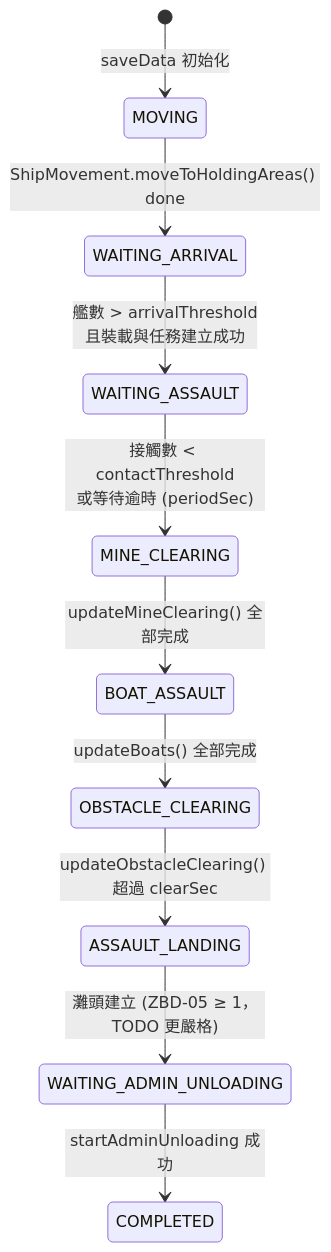
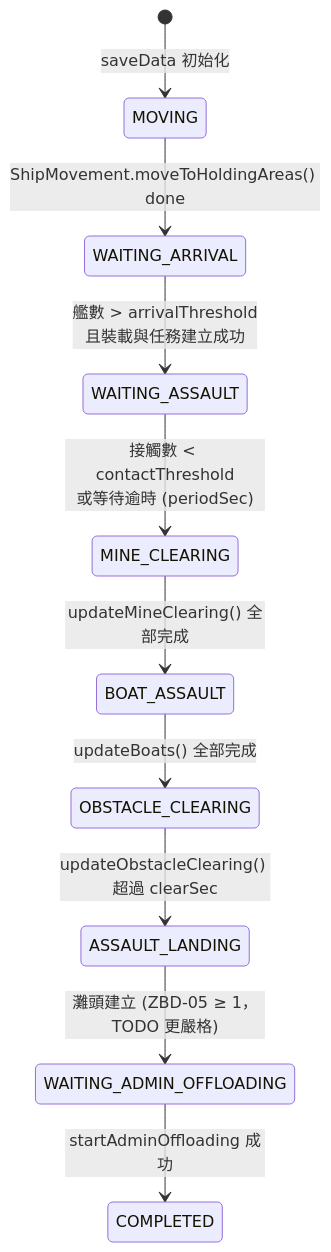
The second of 4 diagrams in docs/landingOps/coordinator.md (pullupjumper/formosa-in-flames), drawn with Mermaid before and after one commit. The commit also changed other lines of this file and 46 other files, not shown here.

First line of the commit message:
refactor(landingOps): rename unloading to offloading and tidy landingOps naming

````diff
--- a/docs/landingOps/coordinator.md
+++ b/docs/landingOps/coordinator.md
@@ -42,12 +42,12 @@
 ```mermaid
 stateDiagram-v2
     [*] --> MOVING: saveData 初始化
     MOVING --> WAITING_ARRIVAL: ShipMovement.moveToHoldingAreas() done
     WAITING_ARRIVAL --> WAITING_ASSAULT: 艦數 > arrivalThreshold<br>且裝載與任務建立成功
     WAITING_ASSAULT --> MINE_CLEARING: 接觸數 < contactThreshold<br>或等待逾時 (periodSec)
     MINE_CLEARING --> BOAT_ASSAULT: updateMineClearing() 全部完成
     BOAT_ASSAULT --> OBSTACLE_CLEARING: updateBoats() 全部完成
     OBSTACLE_CLEARING --> ASSAULT_LANDING: updateObstacleClearing() 超過 clearSec
-    ASSAULT_LANDING --> WAITING_ADMIN_UNLOADING: 灘頭建立 (ZBD-05 ≥ 1，TODO 更嚴格)
-    WAITING_ADMIN_UNLOADING --> COMPLETED: startAdminUnloading 成功
+    ASSAULT_LANDING --> WAITING_ADMIN_OFFLOADING: 灘頭建立 (ZBD-05 ≥ 1，TODO 更嚴格)
+    WAITING_ADMIN_OFFLOADING --> COMPLETED: startAdminOffloading 成功
 ```
````
